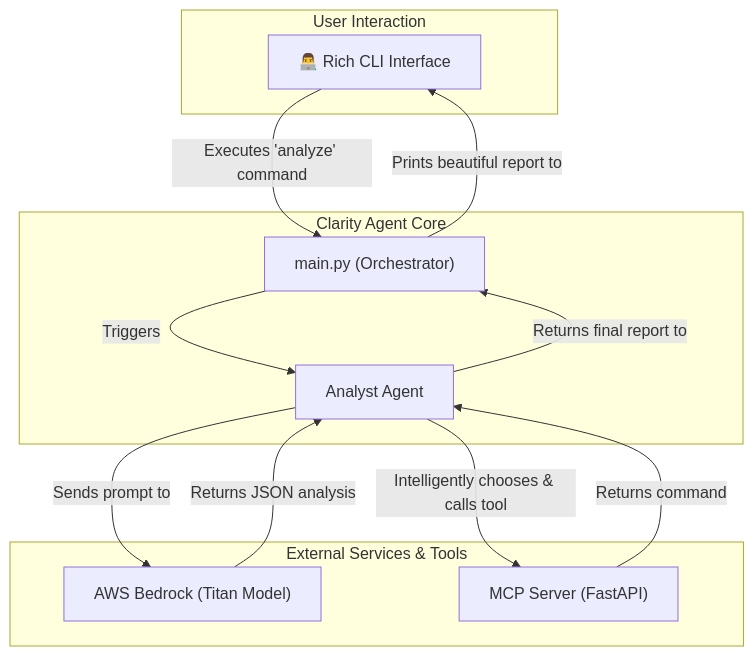
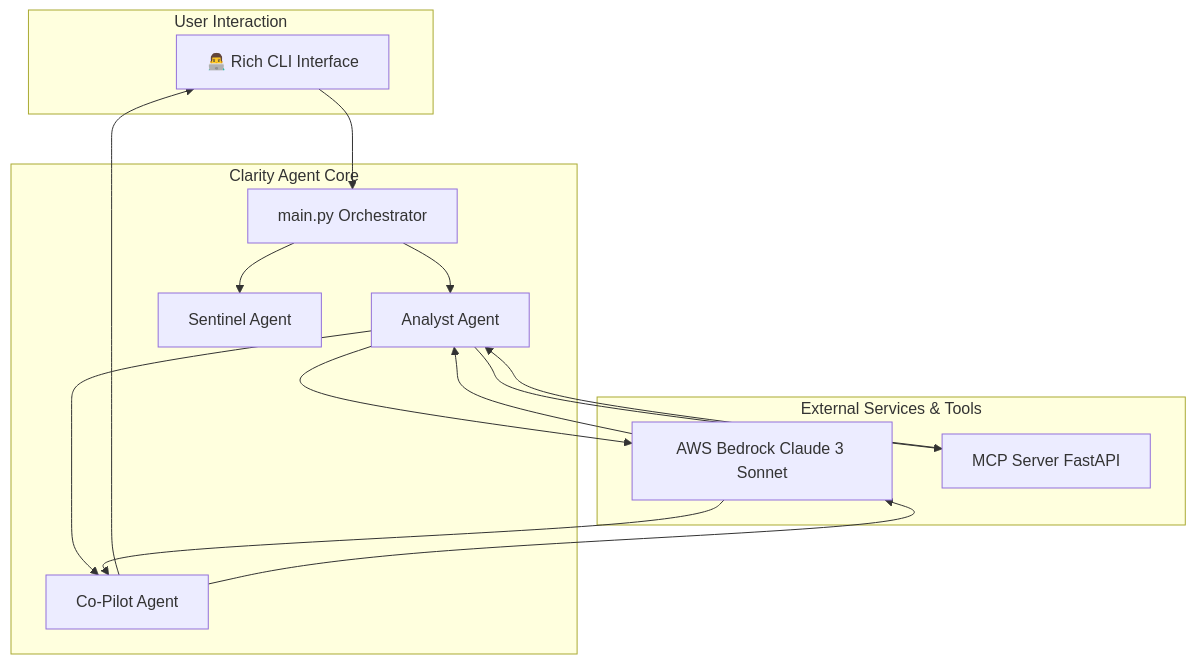
The diagram in README.md (kp183/clarity-agent), drawn with Mermaid before and after one commit. The commit also changed other lines of this file and 1 other file, not shown here.

Commit message:
feat: Implement final 'ticket' integration feature. Project complete.

````diff
--- a/README.md
+++ b/README.md
@@ -50,25 +57,30 @@
 ```mermaid
 graph TD
-    subgraph User Interaction
+    subgraph "User Interaction"
         CLI[👨‍💻 Rich CLI Interface]
     end
 
-    subgraph Clarity Agent Core
-        Orchestrator["main.py (Orchestrator)"]
-        Analyst["Analyst Agent"]
+    subgraph "Clarity Agent Core"
+        Orchestrator[main.py Orchestrator]
+        Analyst[Analyst Agent]
+        Sentinel[Sentinel Agent]
+        CoPilot[Co-Pilot Agent]
     end
 
-    subgraph External Services & Tools
-        Bedrock["AWS Bedrock (Titan Model)"]
-        MCPServer["MCP Server (FastAPI)"]
+    subgraph "External Services & Tools"
+        Bedrock[AWS Bedrock Claude 3 Sonnet]
+        MCPServer[MCP Server FastAPI]
     end
 
-    CLI -- "Executes 'analyze' command" --> Orchestrator
-    Orchestrator -- "Triggers" --> Analyst
-    Analyst -- "Sends prompt to" --> Bedrock
-    Bedrock -- "Returns JSON analysis" --> Analyst
-    Analyst -- "Intelligently chooses & calls tool" --> MCPServer
-    MCPServer -- "Returns command" --> Analyst
-    Analyst -- "Returns final report to" --> Orchestrator
-    Orchestrator -- "Prints beautiful report to" --> CLI
+    CLI --> Orchestrator
+    Orchestrator --> Analyst
+    Orchestrator --> Sentinel
+    Analyst --> Bedrock
+    Bedrock --> Analyst
+    Analyst --> MCPServer
+    MCPServer --> Analyst
+    Analyst --> CoPilot
+    CoPilot --> CLI
+    CoPilot --> Bedrock
+    Bedrock --> CoPilot
 ```
````
